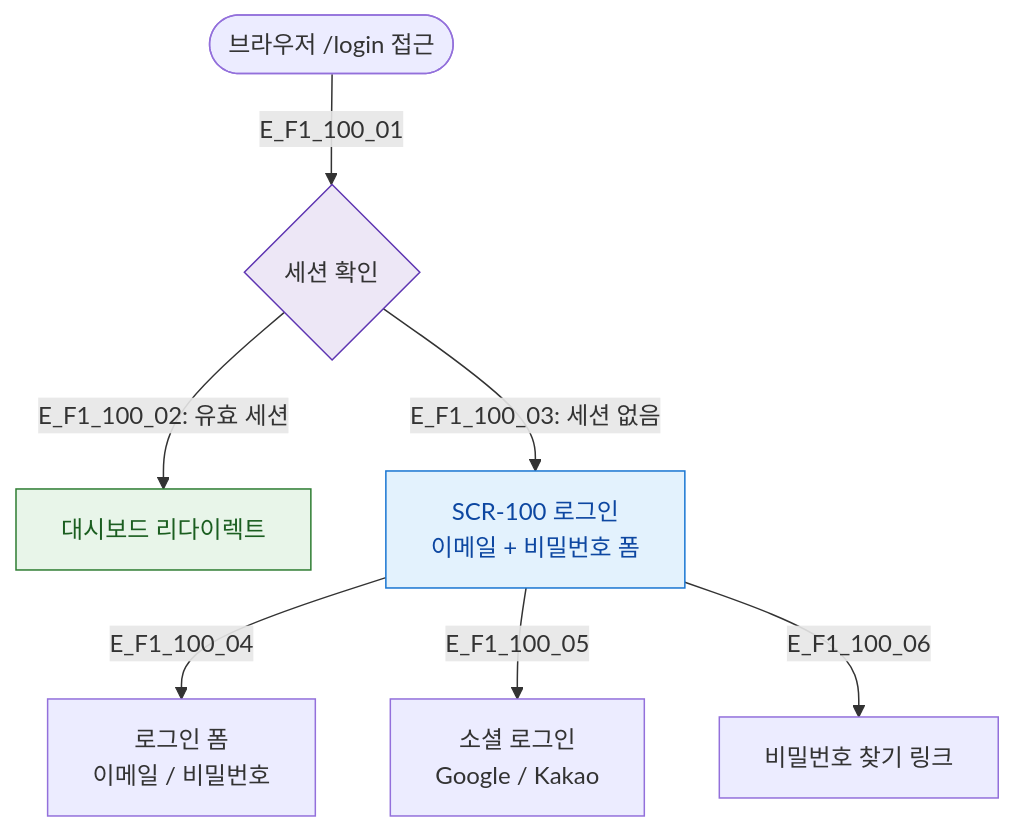
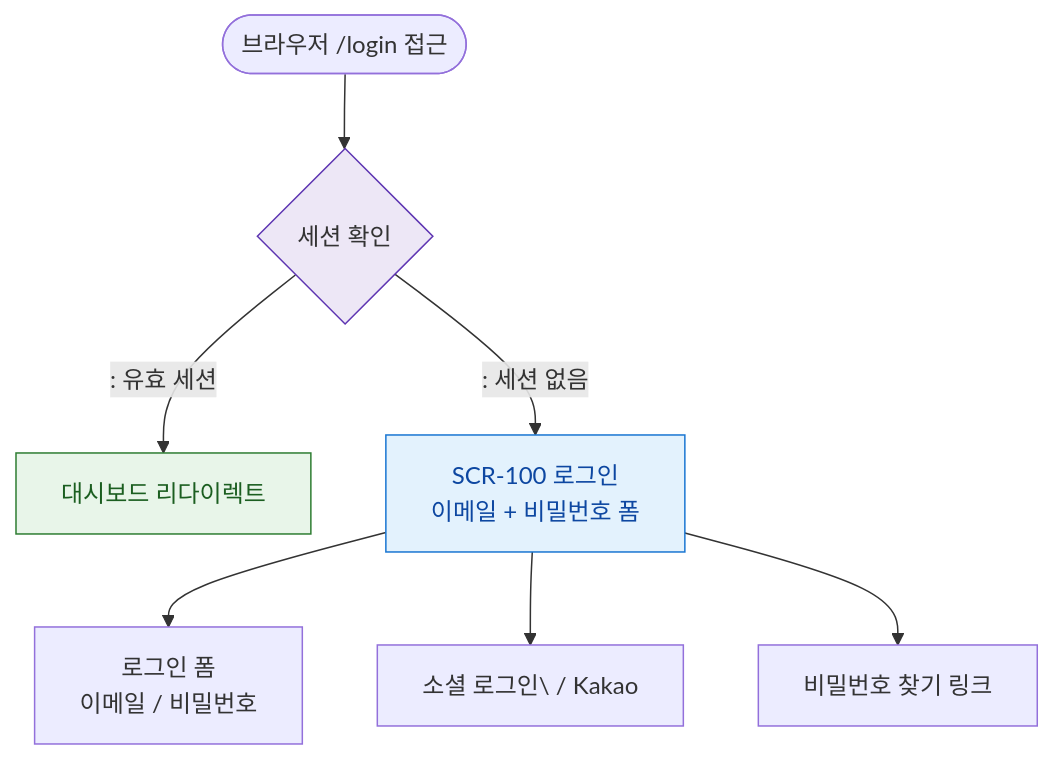
The diagram in docs/다이어그램/D10_본사관리/SCR-100_로그인/F1_진입.md (dev-spogym/admin-pando), drawn with Mermaid before and after one commit. The commit also changed other lines of this file and 1660 other files, not shown here.

First line of the commit message:
다이어그램: 기획자/클라이언트 납품본으로 정리

````diff
--- a/docs/다이어그램/D10_본사관리/SCR-100_로그인/F1_진입.md
+++ b/docs/다이어그램/D10_본사관리/SCR-100_로그인/F1_진입.md
@@ -14,17 +12,17 @@
 ```mermaid
 flowchart TD
-    Entry([브라우저 /login 접근]) -->|E_F1_100_01| SessionCheck{세션 확인}
-    SessionCheck -->|"E_F1_100_02: 유효 세션"| Dashboard[대시보드 리다이렉트]
-    SessionCheck -->|"E_F1_100_03: 세션 없음"| SCR100[SCR-100 로그인\n이메일 + 비밀번호 폼]
+    Entry([브라우저 /login 접근]) --> SessionCheck{세션 확인}
+    SessionCheck -->|": 유효 세션"|Dashboard[대시보드 리다이렉트]
+    SessionCheck -->|": 세션 없음"|SCR100[SCR-100 로그인\n이메일 + 비밀번호 폼]
 
-    SCR100 -->|E_F1_100_04| LoginForm[로그인 폼\n이메일 / 비밀번호]
-    SCR100 -->|E_F1_100_05| SocialLogin[소셜 로그인\nGoogle / Kakao]
-    SCR100 -->|E_F1_100_06| ForgotPw[비밀번호 찾기 링크]
+    SCR100 --> LoginForm[로그인 폼\n이메일 / 비밀번호]
+    SCR100 --> SocialLogin[소셜 로그인\ / Kakao]
+    SCR100 --> ForgotPw[비밀번호 찾기 링크]
 
     classDef screen fill:#E3F2FD,stroke:#1976D2,color:#0D47A1
     classDef success fill:#E8F5E9,stroke:#2E7D32,color:#1B5E20
     classDef system fill:#EDE7F6,stroke:#5E35B2
     class SCR100 screen
     class Dashboard success
     class SessionCheck system
 ```
````
